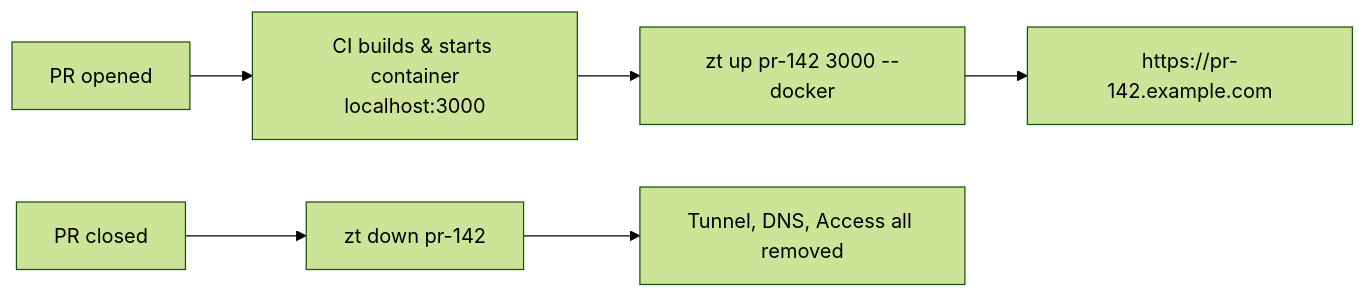
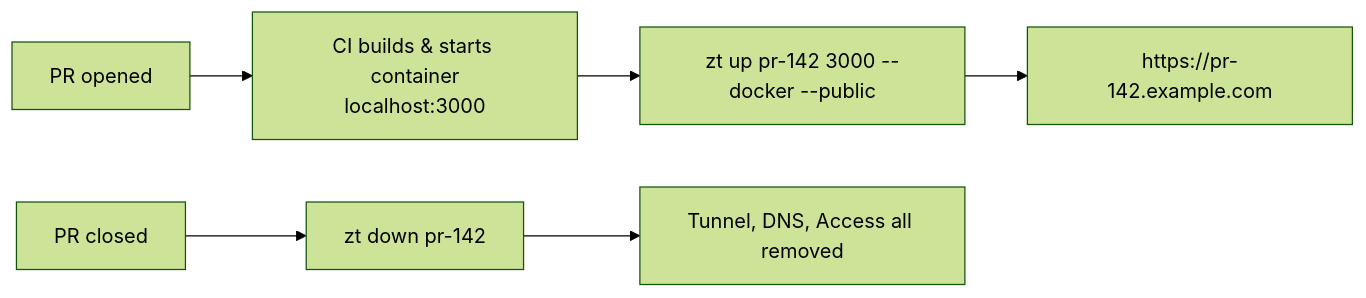
Before and after one commit to casablanque-code/cfzt: the first of 2 diagrams in README.md, drawn with Mermaid (forest theme). The commit also changed other lines of this file and 2 other files, not shown here.

````diff
--- a/README.md
+++ b/README.md
@@ -48,8 +48,8 @@
 ```mermaid
 flowchart LR
     A[PR opened] --> B[CI builds & starts container<br/>localhost:3000]
-    B --> C["zt up pr-142 3000 --docker"]
+    B --> C["zt up pr-142 3000 --docker --public"]
     C --> D[https://pr-142.example.com]
     E[PR closed] --> F["zt down pr-142"]
     F --> G[Tunnel, DNS, Access all removed]
 ```
````
